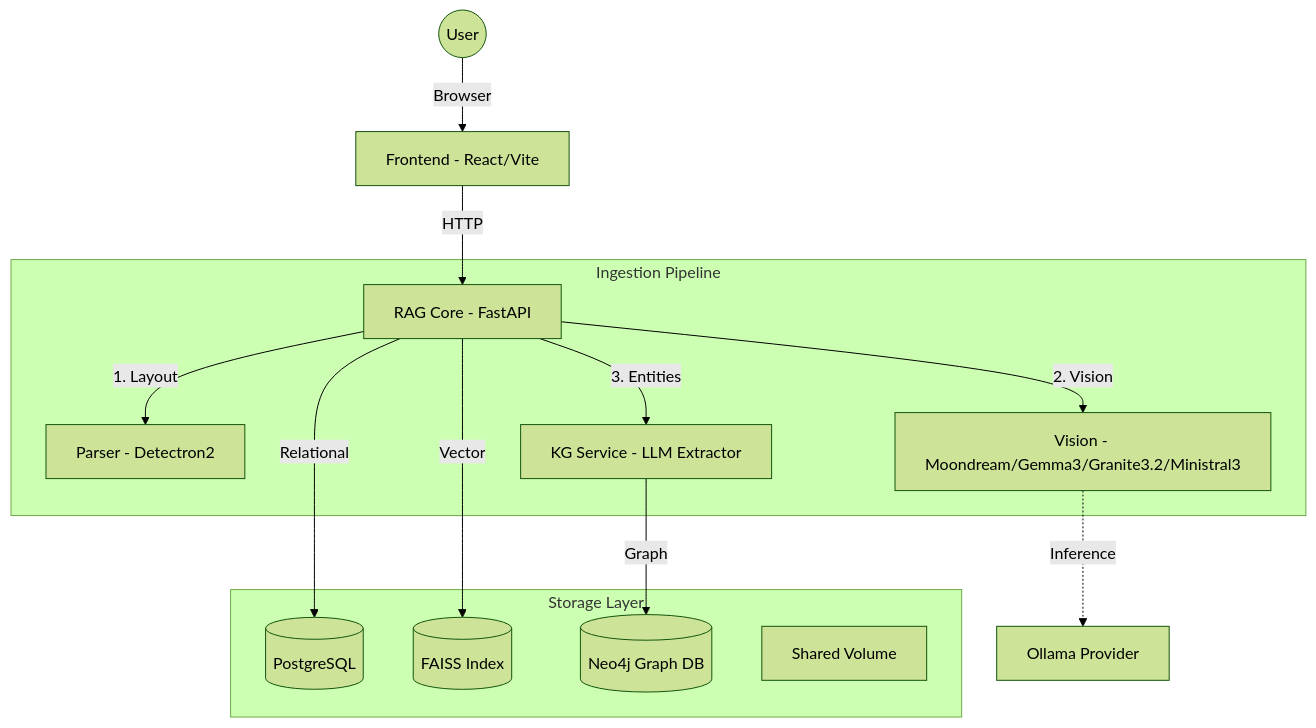
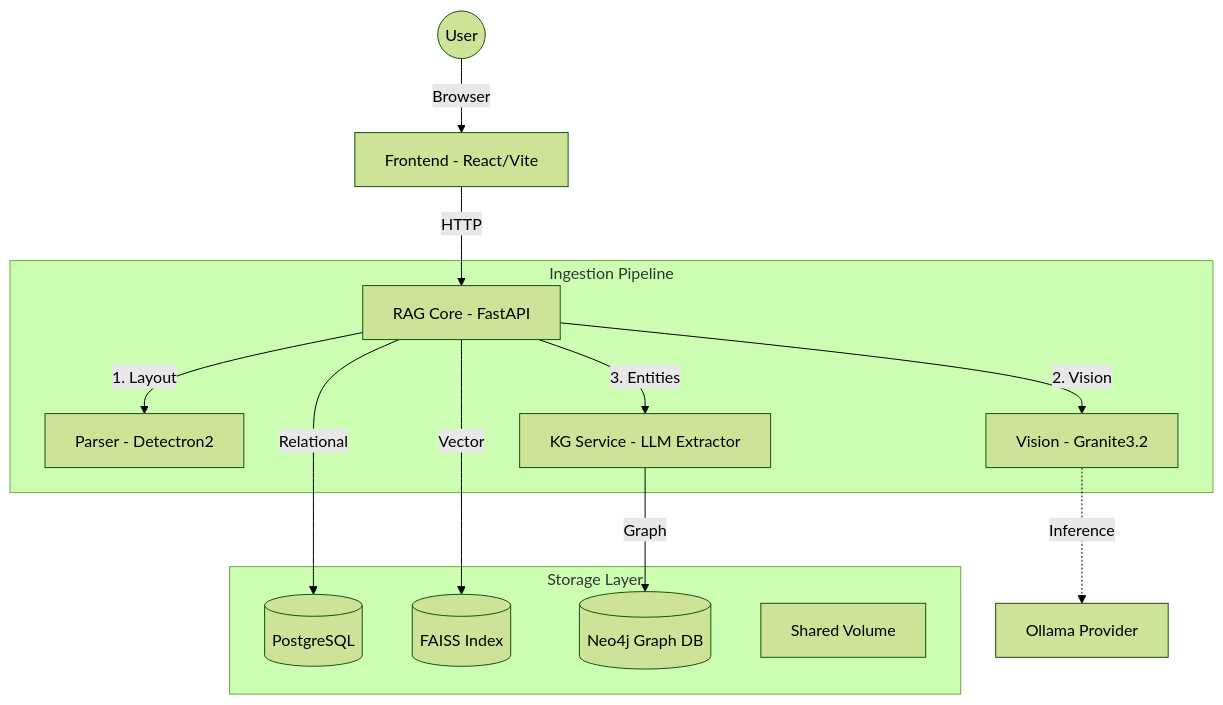
Before and after one commit to sft3hy/AIRBud2.0: the diagram in README.md, drawn with Mermaid (forest theme). The commit also changed other lines of this file and 2 other files, not shown here.

Commit message:
only granite3.2

````diff
--- a/README.md
+++ b/README.md
@@ -13,20 +13,20 @@
 ```mermaid
 graph TD
     User((User)) -->|Browser| Frontend[Frontend - React/Vite]
     Frontend -->|HTTP| Core[RAG Core - FastAPI]
 
     subgraph "Ingestion Pipeline"
         Core -->|1. Layout| Parser[Parser - Detectron2]
-        Core -->|2. Vision| Vision[Vision - Moondream/Gemma3/Granite3.2/Ministral3]
+        Core -->|2. Vision| Vision[Vision - Granite3.2]
         Core -->|3. Entities| KG[KG Service - LLM Extractor]
     end
 
     subgraph "Storage Layer"
         Core -->|Relational| Postgres[(PostgreSQL)]
         Core -->|Vector| FAISS[(FAISS Index)]
         KG -->|Graph| Neo4j[(Neo4j Graph DB)]
         SharedVol[Shared Volume]
     end
 
     Vision -.->|Inference| Ollama[Ollama Provider]
 ```
````
